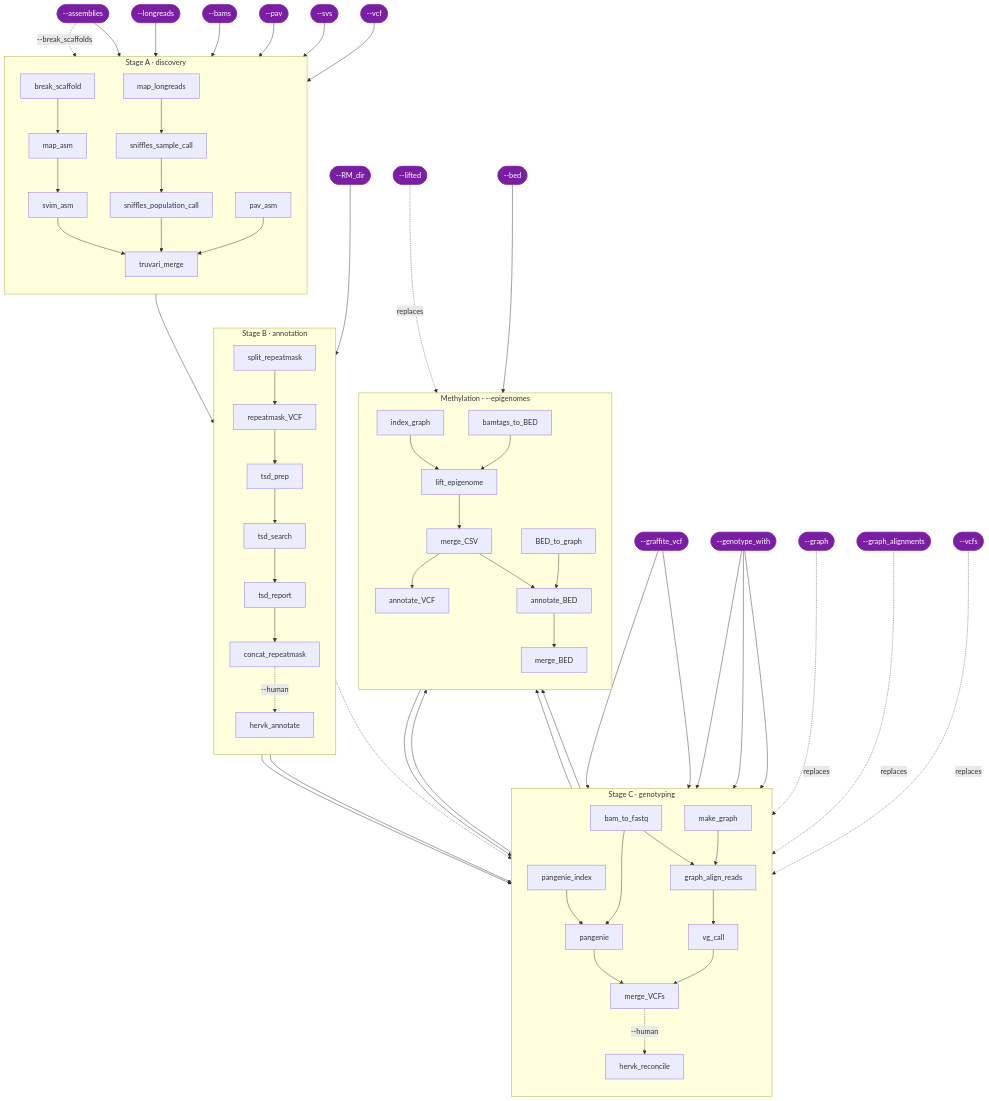
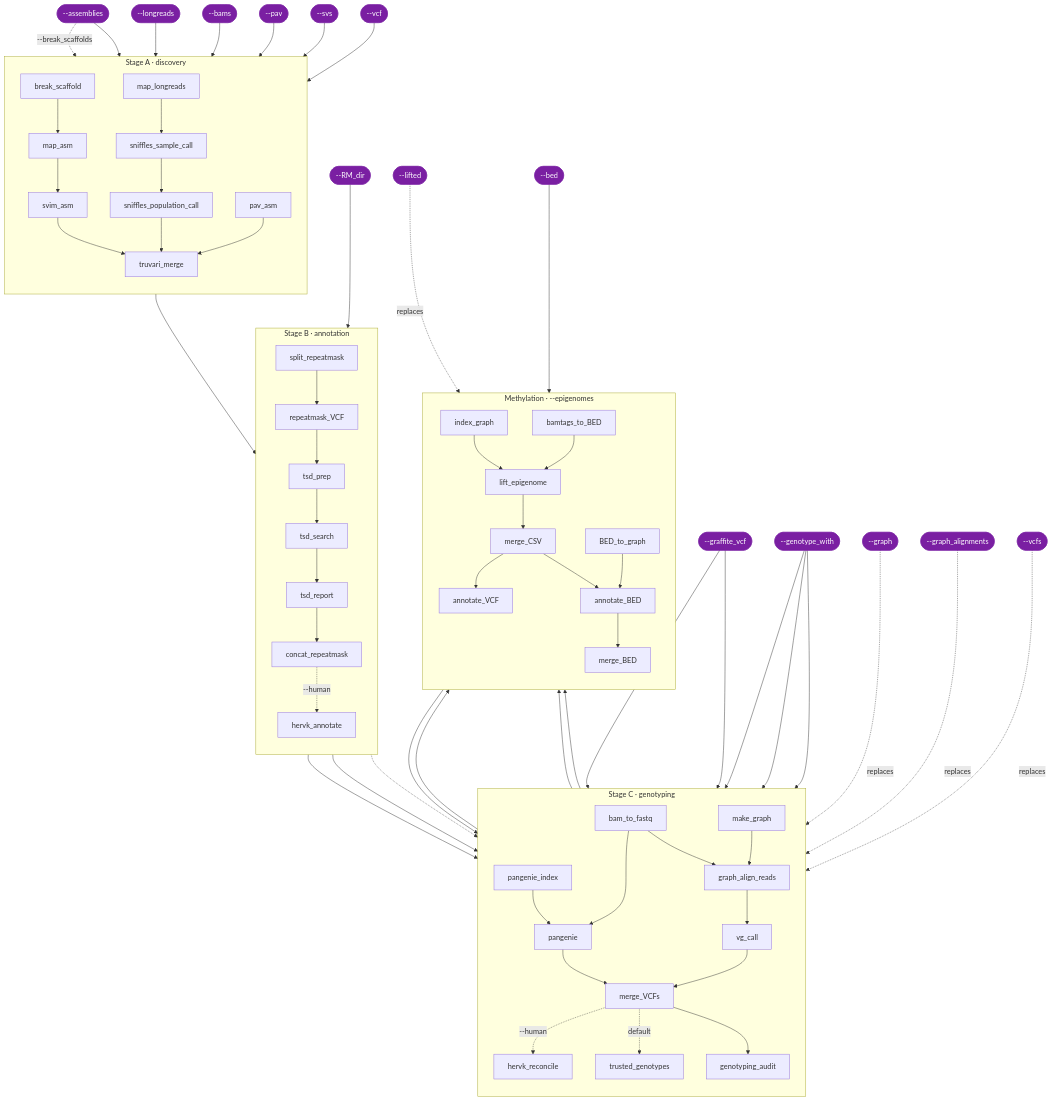
The diagram in docs/reference/processes.md (cgroza/GraffiTE), drawn with Mermaid before and after one commit. The commit also changed other lines of this file and 26 other files, not shown here.

````diff
--- a/docs/reference/processes.md
+++ b/docs/reference/processes.md
@@ -26,74 +26,76 @@
 ```mermaid
 flowchart TD
     subgraph SA["Stage A · discovery"]
         direction TB
         bs["break_scaffold"] --> ma["map_asm"] --> sv["svim_asm"]
         ml["map_longreads"] --> ssc["sniffles_sample_call"] --> spc["sniffles_population_call"]
         pav["pav_asm"]
         tm["truvari_merge"]
         sv --> tm
         spc --> tm
         pav --> tm
     end
 
     asmIn(["--assemblies"]) -.->|"--break_scaffolds"| bs
     asmIn --> ma
     lrIn(["--longreads"]) --> ml
     bamIn(["--bams"]) --> ssc
     pavIn(["--pav"]) --> pav
     svsIn(["--svs"]) --> tm
     vcfIn(["--vcf"]) --> tm
 
     subgraph SB["Stage B · annotation"]
         direction TB
         spl["split_repeatmask"] --> rm["repeatmask_VCF"]
         rm --> tp["tsd_prep"] --> ts["tsd_search"] --> tr["tsd_report"] --> cr["concat_repeatmask"]
         cr -.->|"--human"| ha["hervk_annotate"]
     end
 
     tm --> spl
     rmdIn(["--RM_dir"]) --> tp
 
     subgraph SC["Stage C · genotyping"]
         direction TB
         b2f["bam_to_fastq"]
         pi["pangenie_index"] --> pg["pangenie"]
         mg["make_graph"] --> gar["graph_align_reads"] --> vc["vg_call"]
         pg --> mv["merge_VCFs"]
         vc --> mv
+        mv --> ga["genotyping_audit"]
+        mv -.->|"default"| tg["trusted_genotypes"]
         mv -.->|"--human"| hr["hervk_reconcile"]
     end
 
     cr --> pi
     cr --> mg
     ha -.-> hr
     gvcfIn(["--graffite_vcf"]) --> pi
     gvcfIn --> mg
     readsIn(["--genotype_with"]) --> b2f
     readsIn --> pg
     readsIn --> gar
     b2f --> gar
     b2f --> pg
     graphIn(["--graph"]) -.->|"replaces"| mg
     galnIn(["--graph_alignments"]) -.->|"replaces"| gar
     vcfsIn(["--vcfs"]) -.->|"replaces"| vc
 
     subgraph SM["Methylation · --epigenomes"]
         direction TB
         ig["index_graph"]
         b2b["bamtags_to_BED"] --> le["lift_epigenome"] --> mc["merge_CSV"] --> av["annotate_VCF"]
         b2g["BED_to_graph"] --> ab["annotate_BED"] --> mb["merge_BED"]
     end
 
     mg --> ig
     ig --> le
     gar --> le
     vc --> av
     av --> mv
     mc --> ab
     liftIn(["--lifted"]) -.->|"replaces"| le
     bedIn(["--bed"]) --> b2g
 
     classDef inp fill:#7a1fa2,stroke:#7a1fa2,color:#fff;
     class asmIn,lrIn,bamIn,pavIn,svsIn,vcfIn,rmdIn,gvcfIn,readsIn,graphIn,galnIn,vcfsIn,liftIn,bedIn inp;
 ```
````
